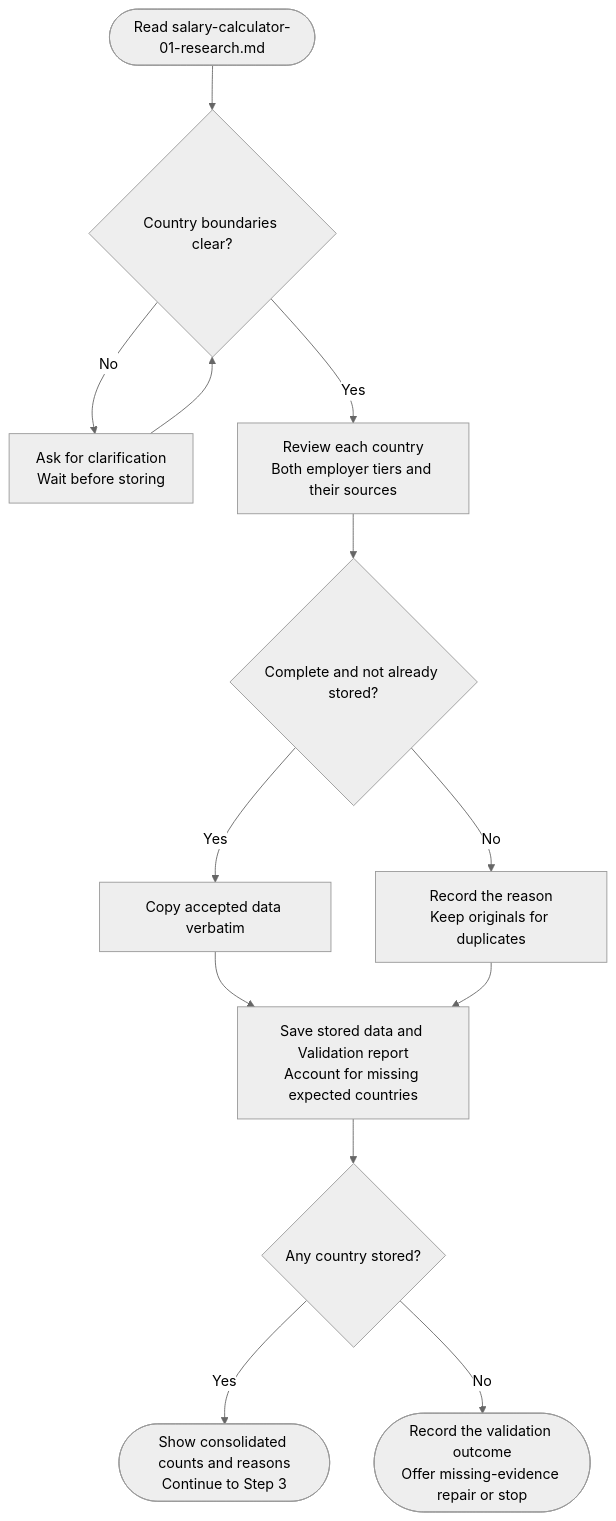
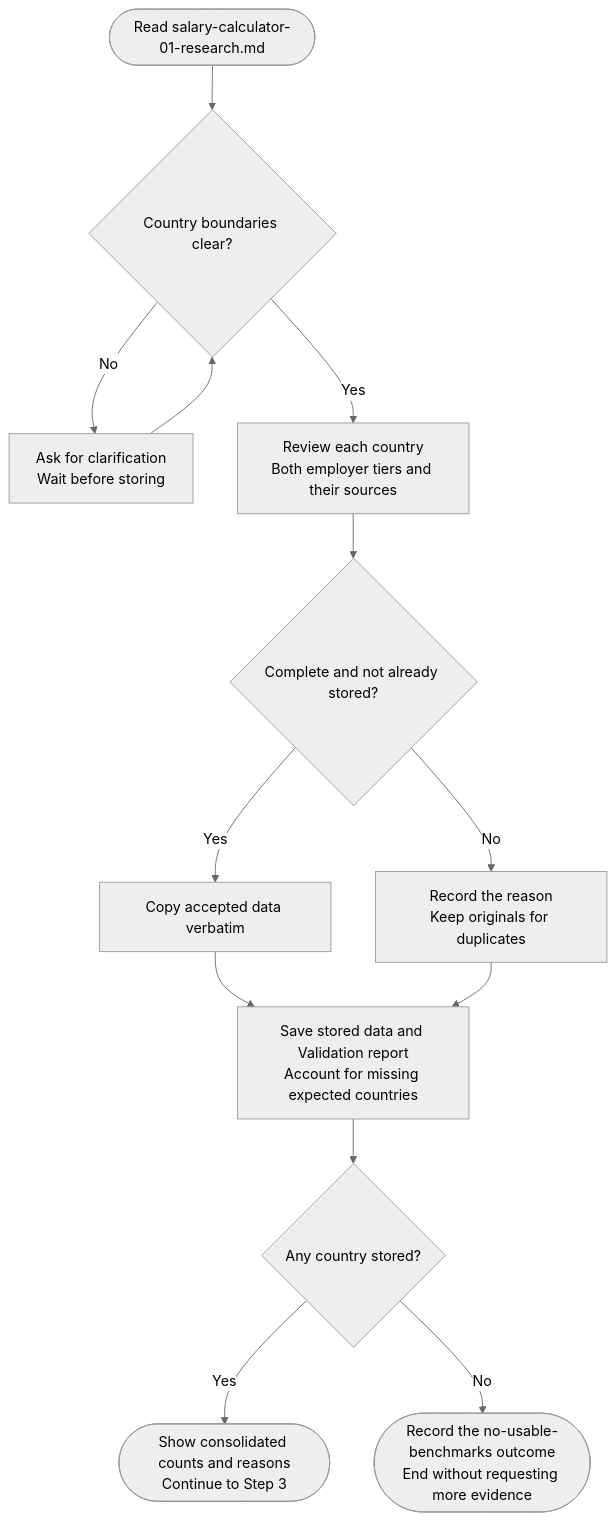
One commit to myowinthein/agent-compass changed the diagram in docs/commands/salary-calculator/step2-data-validation/detailed.md. Above: the diagram before and after it, drawn with Mermaid (neutral theme). The commit also changed other lines of this file and 25 other files, not shown here.

````diff
--- a/docs/commands/salary-calculator/step2-data-validation/detailed.md
+++ b/docs/commands/salary-calculator/step2-data-validation/detailed.md
@@ -23,15 +23,15 @@
 ```mermaid
 flowchart TD
   Start(["Read salary-calculator-01-research.md"]) --> Bounds{"Country boundaries clear?"}
   Bounds -->|No| Ask["Ask for clarification<br/>Wait before storing"]
   Ask --> Bounds
   Bounds -->|Yes| Review["Review each country<br/>Both employer tiers and their sources"]
   Review --> Accept{"Complete and not already stored?"}
   Accept -->|Yes| Store["Copy accepted data verbatim"]
   Accept -->|No| Skip["Record the reason<br/>Keep originals for duplicates"]
   Store --> Save["Save stored data and Validation report<br/>Account for missing expected countries"]
   Skip --> Save
   Save --> Usable{"Any country stored?"}
   Usable -->|Yes| Next(["Show consolidated counts and reasons<br/>Continue to Step 3"])
-  Usable -->|No| Repair(["Record the validation outcome<br/>Offer missing-evidence repair or stop"])
+  Usable -->|No| Repair(["Record the no-usable-benchmarks outcome<br/>End without requesting more evidence"])
 ```
````
